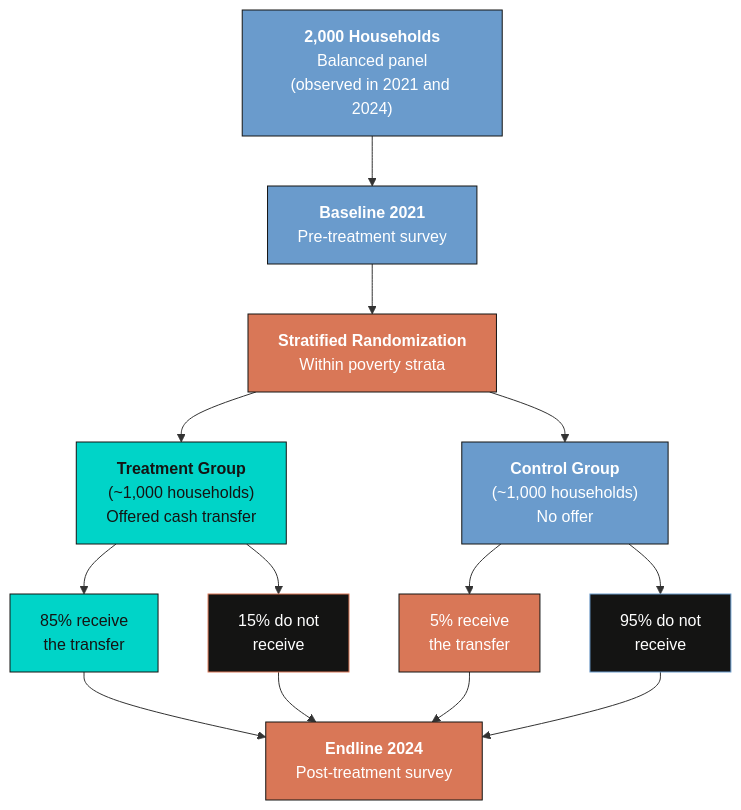
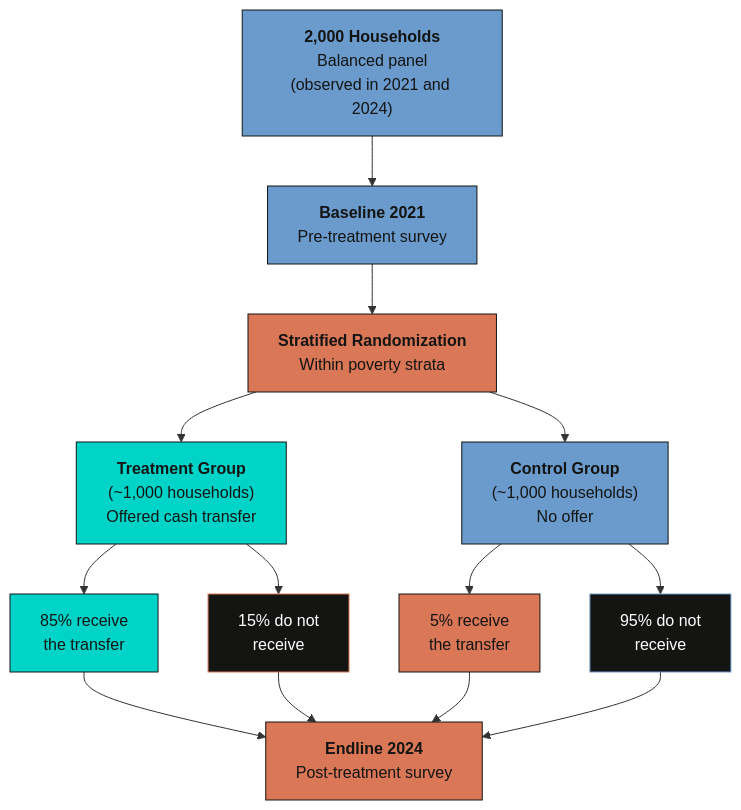
One commit to cmg777/starter-academic-v501 changed the first of 8 diagrams in content/post/stata_rct/index.md. Above: the diagram before and after it, drawn with Mermaid. The commit also changed other lines of this file and 67 other files, not shown here.

First line of the commit message:
fix(mermaid): readable diagram text in both themes across the site

````diff
--- a/content/post/stata_rct/index.md
+++ b/content/post/stata_rct/index.md
@@ -242,37 +242,37 @@
 ```mermaid
 graph TD
     POP["<b>2,000 Households</b><br/>Balanced panel<br/>(observed in 2021 and 2024)"]
     STRAT["<b>Stratified Randomization</b><br/>Within poverty strata"]
     TRT["<b>Treatment Group</b><br/>(~1,000 households)<br/>Offered cash transfer"]
     CTL["<b>Control Group</b><br/>(~1,000 households)<br/>No offer"]
     COMP1["85% receive<br/>the transfer"]
     COMP2["15% do not<br/>receive"]
     COMP3["5% receive<br/>the transfer"]
     COMP4["95% do not<br/>receive"]
     BASE["<b>Baseline 2021</b><br/>Pre-treatment survey"]
     END["<b>Endline 2024</b><br/>Post-treatment survey"]
 
     POP --> BASE
     BASE --> STRAT
     STRAT --> TRT
     STRAT --> CTL
     TRT --> COMP1
     TRT --> COMP2
     CTL --> COMP3
     CTL --> COMP4
     COMP1 --> END
     COMP2 --> END
     COMP3 --> END
     COMP4 --> END
 
-    style POP fill:#6a9bcc,stroke:#141413,color:#fff
-    style STRAT fill:#d97757,stroke:#141413,color:#fff
+    style POP fill:#6a9bcc,stroke:#141413,color:#141413
+    style STRAT fill:#d97757,stroke:#141413,color:#141413
     style TRT fill:#00d4c8,stroke:#141413,color:#141413
-    style CTL fill:#6a9bcc,stroke:#141413,color:#fff
-    style BASE fill:#6a9bcc,stroke:#141413,color:#fff
-    style END fill:#d97757,stroke:#141413,color:#fff
+    style CTL fill:#6a9bcc,stroke:#141413,color:#141413
+    style BASE fill:#6a9bcc,stroke:#141413,color:#141413
+    style END fill:#d97757,stroke:#141413,color:#141413
     style COMP1 fill:#00d4c8,stroke:#141413,color:#141413
     style COMP2 fill:#141413,stroke:#d97757,color:#fff
-    style COMP3 fill:#d97757,stroke:#141413,color:#fff
+    style COMP3 fill:#d97757,stroke:#141413,color:#141413
     style COMP4 fill:#141413,stroke:#6a9bcc,color:#fff
 ```
````
